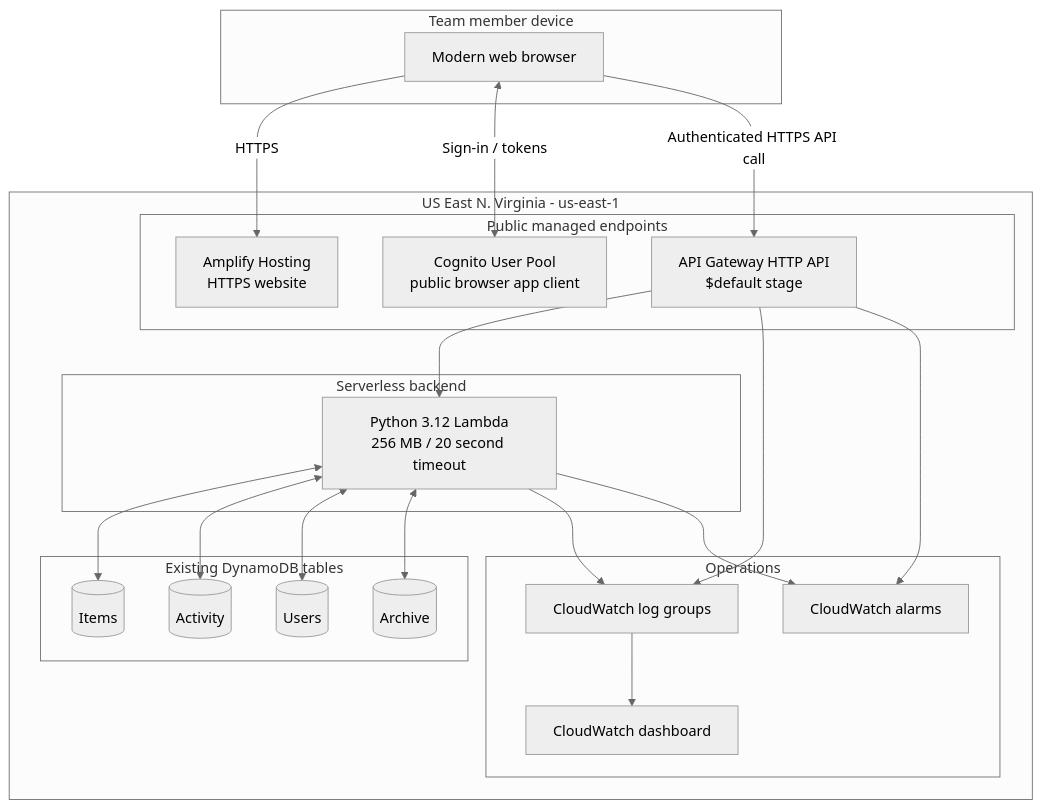
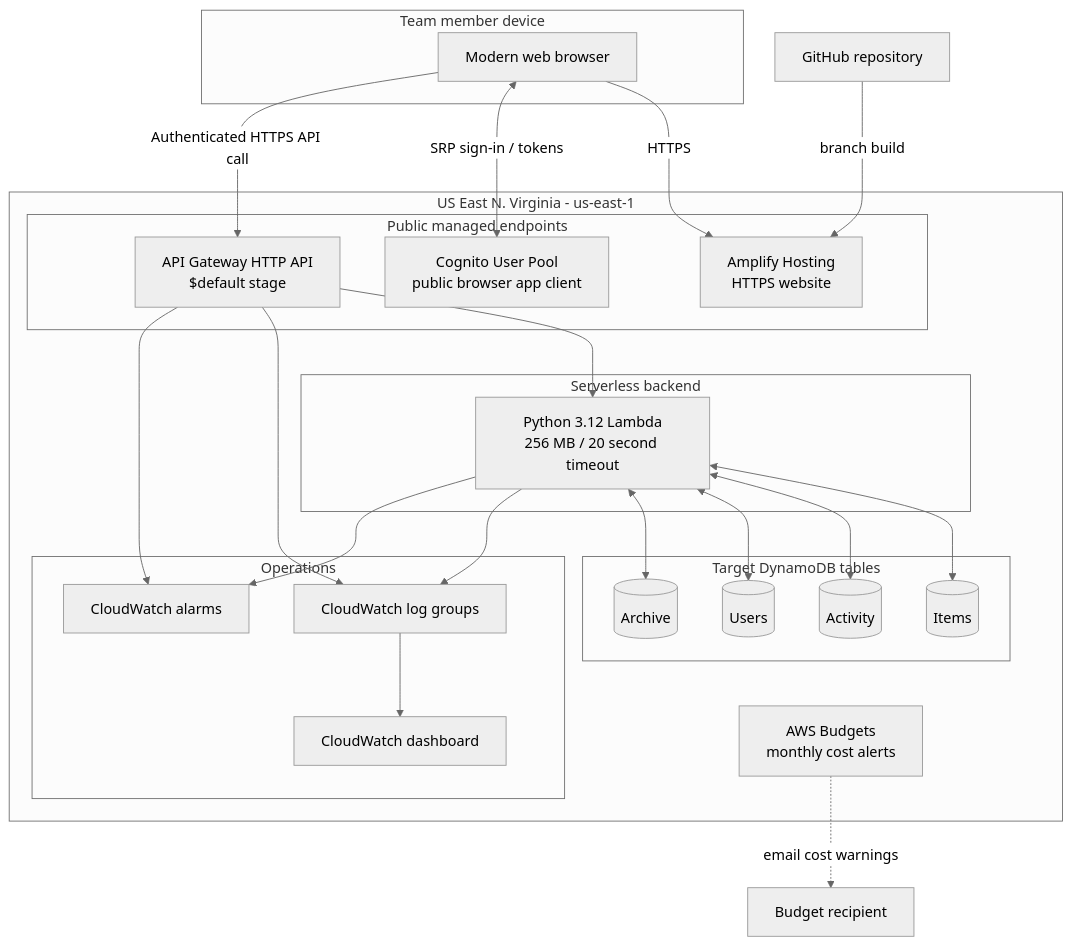
One commit to retzed/Team_Follow-Up_AWS-Deployment changed the third of 13 diagrams in docs/DOCUMENTATION.md. Above: the diagram before and after it, drawn with Mermaid (neutral theme). The commit also changed other lines of this file, not shown here.

```diff
--- a/docs/DOCUMENTATION.md
+++ b/docs/DOCUMENTATION.md
@@ -254,45 +255,46 @@
 ~~~mermaid
 flowchart TB
     subgraph UserDevice[Team member device]
         Browser[Modern web browser]
     end
 
     subgraph AWSRegion[US East N. Virginia - us-east-1]
         subgraph PublicEntry[Public managed endpoints]
             Hosting[Amplify Hosting<br/>HTTPS website]
             Pool[Cognito User Pool<br/>public browser app client]
             HttpApi[API Gateway HTTP API<br/>$default stage]
         end
-
         subgraph Compute[Serverless backend]
             Function[Python 3.12 Lambda<br/>256 MB / 20 second timeout]
         end
-
-        subgraph Storage[Existing DynamoDB tables]
+        subgraph Storage[Target DynamoDB tables]
             T1[(Items)]
             T2[(Activity)]
             T3[(Users)]
             T4[(Archive)]
         end
-
         subgraph Observability[Operations]
             Logs[CloudWatch log groups]
             Dashboard[CloudWatch dashboard]
             Alarms[CloudWatch alarms]
         end
+        Budget[AWS Budgets<br/>monthly cost alerts]
     end
+    GitHub[GitHub repository]
 
+    GitHub -->|branch build| Hosting
     Browser -->|HTTPS| Hosting
-    Browser <--> |Sign-in / tokens| Pool
+    Browser <-->|SRP sign-in / tokens| Pool
     Browser -->|Authenticated HTTPS API call| HttpApi
     HttpApi --> Function
     Function <--> T1
     Function <--> T2
     Function <--> T3
     Function <--> T4
     HttpApi --> Logs
     Function --> Logs
     Logs --> Dashboard
     Function --> Alarms
     HttpApi --> Alarms
+    Budget -.->|email cost warnings| Operator[Budget recipient]
 ~~~
```
